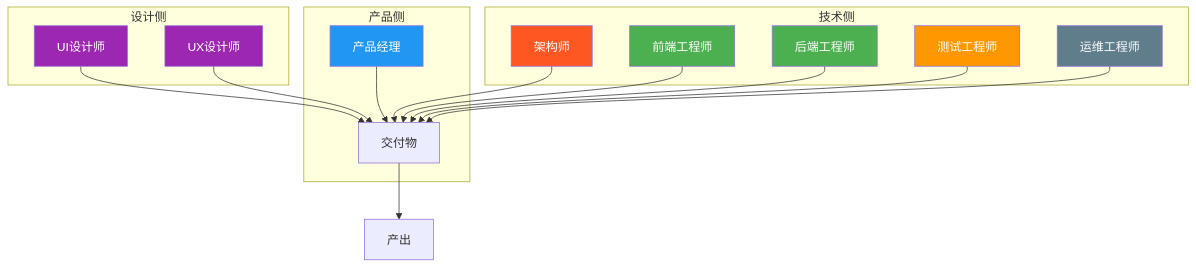
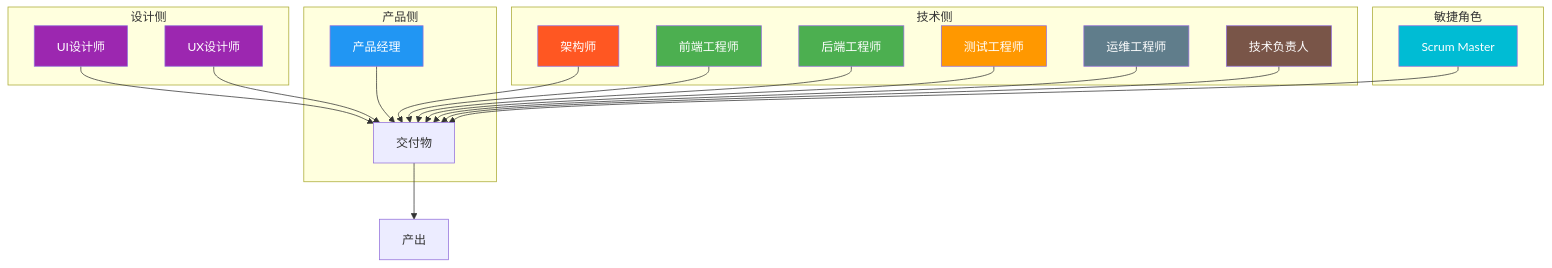
One commit to zhangjian24/llm changed the diagram in edu-ai-platform/docs/迭代SOP/02_角色定义/01_人类角色定义.md. Above: the diagram before and after it, drawn with Mermaid. The commit also changed other lines of this file and 17 other files, not shown here.

````diff
--- a/edu-ai-platform/docs/迭代SOP/02_角色定义/01_人类角色定义.md
+++ b/edu-ai-platform/docs/迭代SOP/02_角色定义/01_人类角色定义.md
@@ -7,30 +7,37 @@
 ```mermaid
 graph TD
     subgraph 产品侧
         A[产品经理] --> D[交付物]
     end
     
     subgraph 设计侧
         B[UI设计师] --> D
         B1[UX设计师] --> D
     end
     
     subgraph 技术侧
         C1[架构师] --> D
         C2[前端工程师] --> D
         C3[后端工程师] --> D
         C4[测试工程师] --> D
         C5[运维工程师] --> D
+        C6[技术负责人] --> D
     end
     
-    D --> E[产出]
+    subgraph 敏捷角色
+        E[Scrum Master] --> D
+    end
+    
+    D --> F[产出]
     
     style A fill:#2196f3,color:#fff
     style B fill:#9c27b0,color:#fff
     style B1 fill:#9c27b0,color:#fff
     style C1 fill:#ff5722,color:#fff
     style C2 fill:#4caf50,color:#fff
     style C3 fill:#4caf50,color:#fff
     style C4 fill:#ff9800,color:#fff
     style C5 fill:#607d8b,color:#fff
+    style C6 fill:#795548,color:#fff
+    style E fill:#00bcd4,color:#fff
 ```
````
